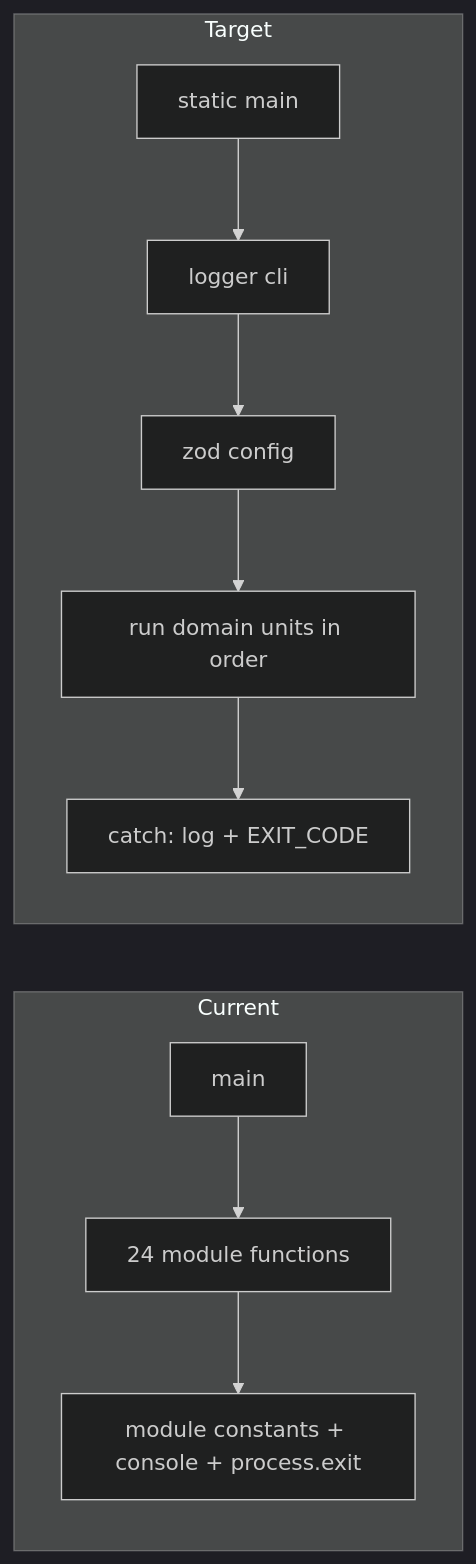
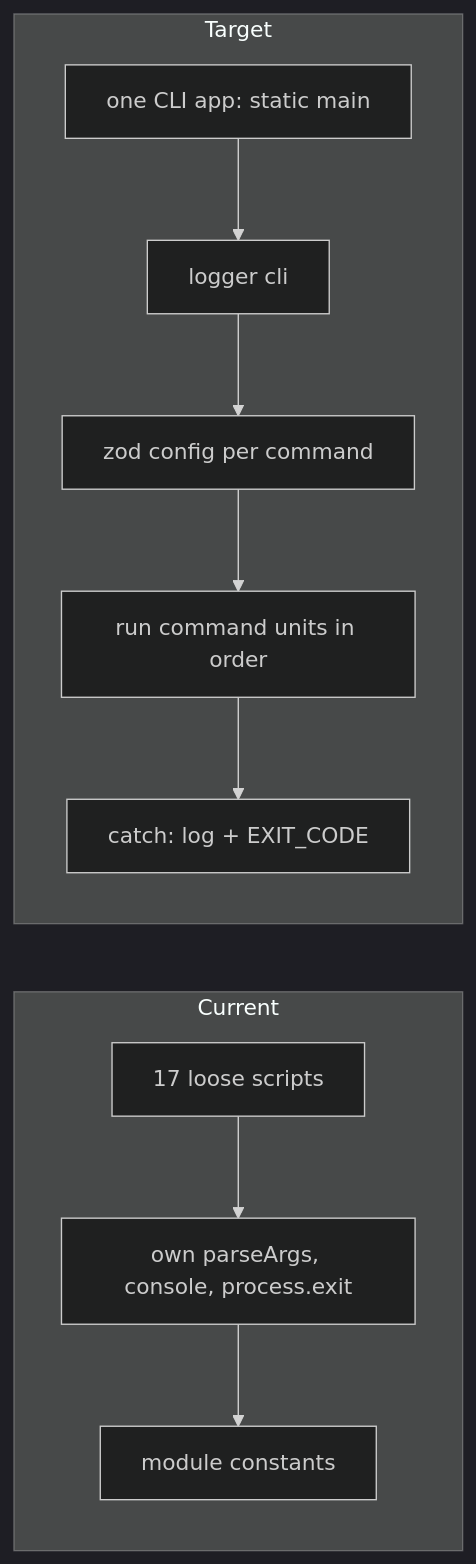
The diagram in docs/backlog/td-compile-sea-standalone.md (virgenherrera/lan-solution-template), drawn with Mermaid (dark theme) before and after one commit. The commit also changed other lines of this file and 4 other files, not shown here.

````diff
--- a/docs/backlog/td-compile-sea-standalone.md
+++ b/docs/backlog/td-compile-sea-standalone.md
@@ -117,13 +149,13 @@
 ```mermaid
 flowchart LR
     subgraph Current
-        A1[main] --> B1[24 module functions]
-        B1 --> C1[module constants + console + process.exit]
+        A1[17 loose scripts] --> B1[own parseArgs, console, process.exit]
+        B1 --> C1[module constants]
     end
     subgraph Target
-        A2[static main] --> L[logger cli]
-        L --> C2[zod config]
-        C2 --> E[run domain units in order]
+        A2[one CLI app: static main] --> L[logger cli]
+        L --> C2[zod config per command]
+        C2 --> E[run command units in order]
         E --> X[catch: log + EXIT_CODE]
     end
 ```
````
